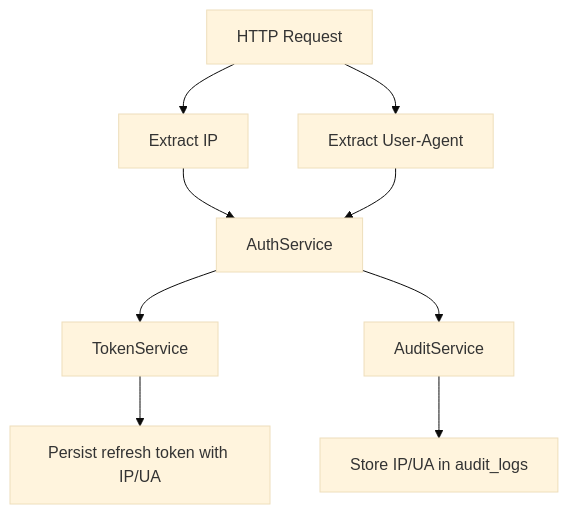
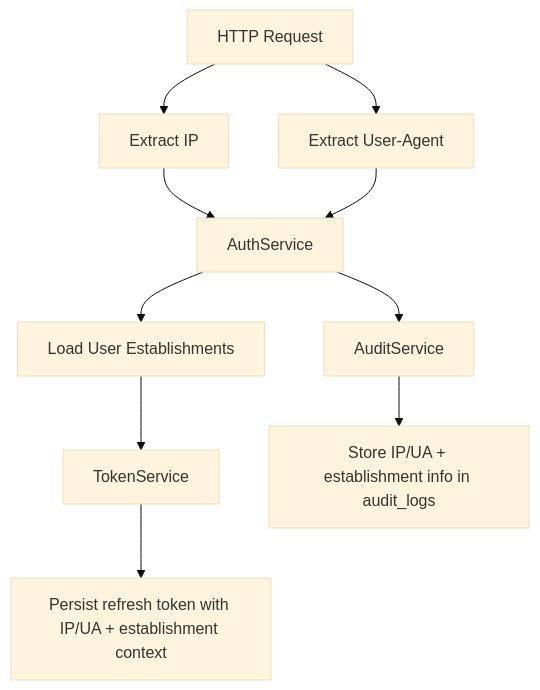
Before and after one commit to franckylab/eLISAschool: the seventh of 9 diagrams in .qoder/repowiki/en/content/Authentication & Authorization/Authentication Flow.md, drawn with Mermaid (base theme). The commit also changed other lines of this file and 75 other files, not shown here.

````diff
--- a/.qoder/repowiki/en/content/Authentication & Authorization/Authentication Flow.md
+++ b/.qoder/repowiki/en/content/Authentication & Authorization/Authentication Flow.md
@@ -417,11 +437,12 @@
 ```mermaid
 flowchart TD
 Req["HTTP Request"] --> IP["Extract IP"]
 Req --> UA["Extract User-Agent"]
 IP --> Svc["AuthService"]
 UA --> Svc
-Svc --> Tok["TokenService"]
-Tok --> Store["Persist refresh token with IP/UA"]
+Svc --> LoadEst["Load User Establishments"]
+LoadEst --> Tok["TokenService"]
+Tok --> Store["Persist refresh token with IP/UA + establishment context"]
 Svc --> Aud["AuditService"]
-Aud --> Log["Store IP/UA in audit_logs"]
+Aud --> Log["Store IP/UA + establishment info in audit_logs"]
 ```
````
